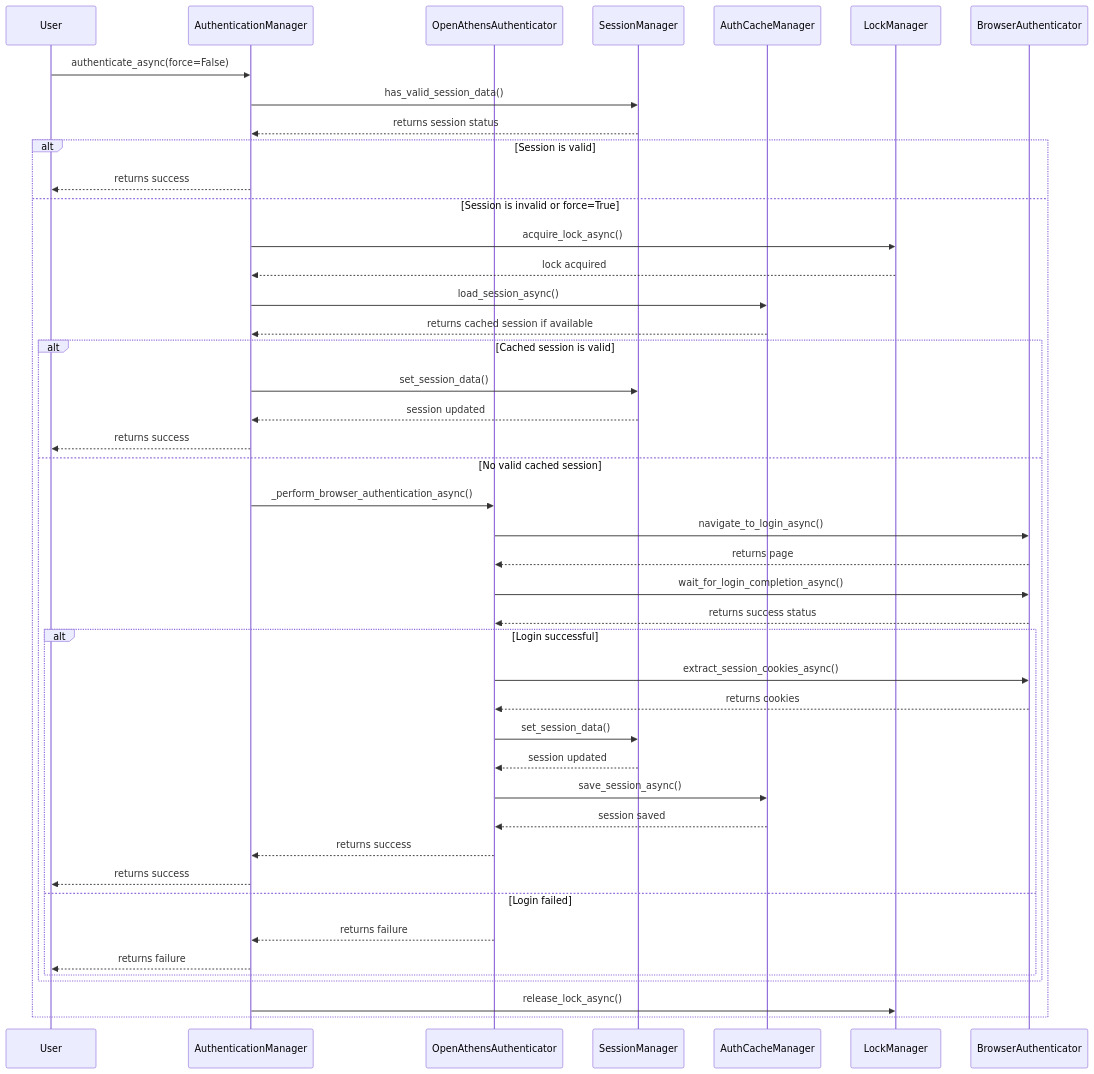
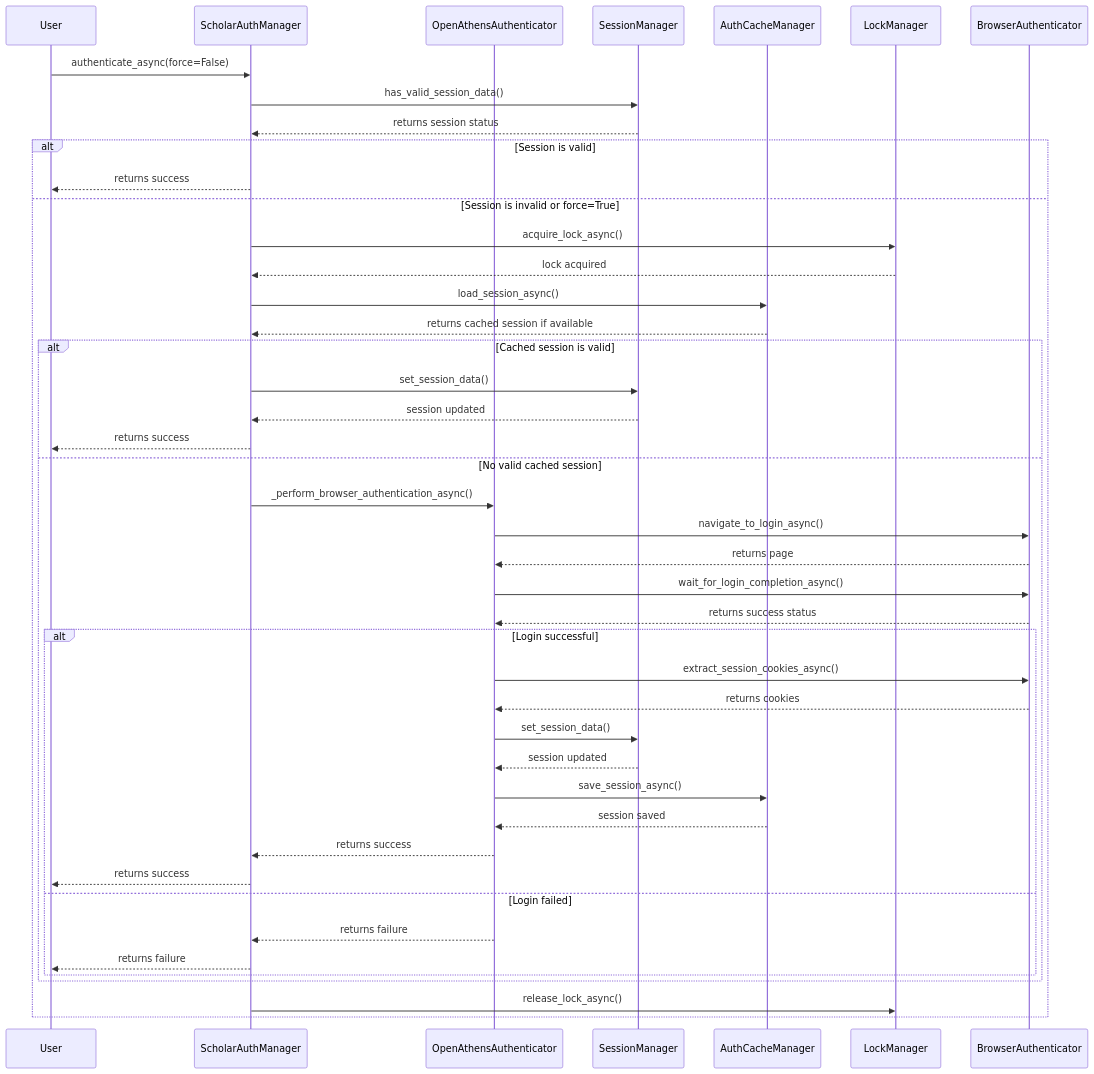
The diagram in src/scitex/scholar/auth/README.md (ywatanabe1989/SciTeX-Code), drawn with Mermaid before and after one commit. The commit also changed other lines of this file and 891 other files, not shown here.

````diff
--- a/src/scitex/scholar/auth/README.md
+++ b/src/scitex/scholar/auth/README.md
@@ -35,47 +35,47 @@
 ``` mermaid
 sequenceDiagram
     participant User
-    participant AuthenticationManager
+    participant ScholarAuthManager
     participant OpenAthensAuthenticator
     participant SessionManager
     participant AuthCacheManager
     participant LockManager
     participant BrowserAuthenticator
 
-    User->>AuthenticationManager: authenticate_async(force=False)
-    AuthenticationManager->>SessionManager: has_valid_session_data()
-    SessionManager-->>AuthenticationManager: returns session status
+    User->>ScholarAuthManager: authenticate_async(force=False)
+    ScholarAuthManager->>SessionManager: has_valid_session_data()
+    SessionManager-->>ScholarAuthManager: returns session status
     alt Session is valid
-        AuthenticationManager-->>User: returns success
+        ScholarAuthManager-->>User: returns success
     else Session is invalid or force=True
-        AuthenticationManager->>LockManager: acquire_lock_async()
-        LockManager-->>AuthenticationManager: lock acquired
-        AuthenticationManager->>AuthCacheManager: load_session_async()
-        AuthCacheManager-->>AuthenticationManager: returns cached session if available
+        ScholarAuthManager->>LockManager: acquire_lock_async()
+        LockManager-->>ScholarAuthManager: lock acquired
+        ScholarAuthManager->>AuthCacheManager: load_session_async()
+        AuthCacheManager-->>ScholarAuthManager: returns cached session if available
         alt Cached session is valid
-            AuthenticationManager->>SessionManager: set_session_data()
-            SessionManager-->>AuthenticationManager: session updated
-            AuthenticationManager-->>User: returns success
+            ScholarAuthManager->>SessionManager: set_session_data()
+            SessionManager-->>ScholarAuthManager: session updated
+            ScholarAuthManager-->>User: returns success
         else No valid cached session
-            AuthenticationManager->>OpenAthensAuthenticator: _perform_browser_authentication_async()
+            ScholarAuthManager->>OpenAthensAuthenticator: _perform_browser_authentication_async()
             OpenAthensAuthenticator->>BrowserAuthenticator: navigate_to_login_async()
             BrowserAuthenticator-->>OpenAthensAuthenticator: returns page
             OpenAthensAuthenticator->>BrowserAuthenticator: wait_for_login_completion_async()
             BrowserAuthenticator-->>OpenAthensAuthenticator: returns success status
             alt Login successful
                 OpenAthensAuthenticator->>BrowserAuthenticator: extract_session_cookies_async()
                 BrowserAuthenticator-->>OpenAthensAuthenticator: returns cookies
                 OpenAthensAuthenticator->>SessionManager: set_session_data()
                 SessionManager-->>OpenAthensAuthenticator: session updated
                 OpenAthensAuthenticator->>AuthCacheManager: save_session_async()
                 AuthCacheManager-->>OpenAthensAuthenticator: session saved
-                OpenAthensAuthenticator-->>AuthenticationManager: returns success
-                AuthenticationManager-->>User: returns success
+                OpenAthensAuthenticator-->>ScholarAuthManager: returns success
+                ScholarAuthManager-->>User: returns success
             else Login failed
-                OpenAthensAuthenticator-->>AuthenticationManager: returns failure
-                AuthenticationManager-->>User: returns failure
+                OpenAthensAuthenticator-->>ScholarAuthManager: returns failure
+                ScholarAuthManager-->>User: returns failure
             end
         end
-        AuthenticationManager->>LockManager: release_lock_async()
+        ScholarAuthManager->>LockManager: release_lock_async()
     end
 ```
````
